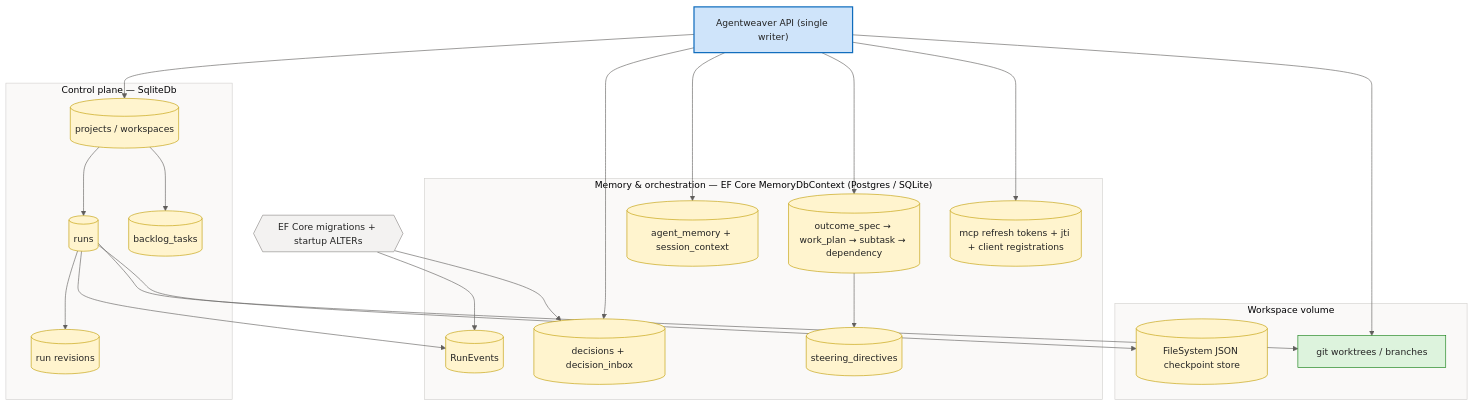
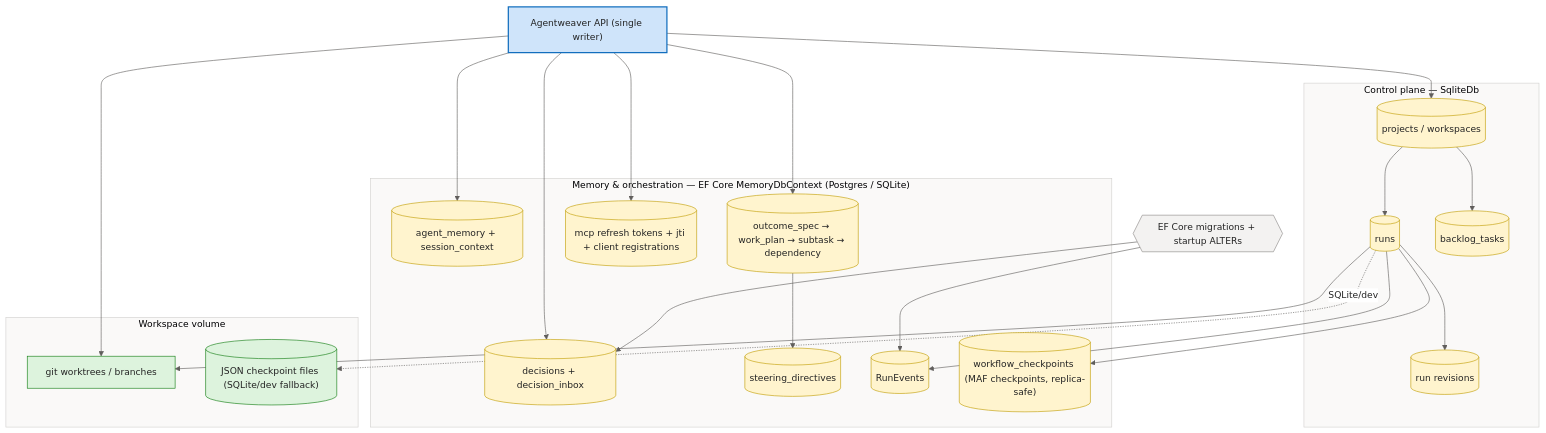
One commit to sabbour/agentweaver changed the first of 4 diagrams in docs/deep-dive/data-persistence.md. Above: the diagram before and after it, drawn with Mermaid. The commit also changed other lines of this file and 15 other files, not shown here.

````diff
--- a/docs/deep-dive/data-persistence.md
+++ b/docs/deep-dive/data-persistence.md
@@ -20,53 +20,55 @@
 ```mermaid
 %%{init: {'theme':'base','themeVariables':{'fontFamily':'Segoe UI, system-ui, -apple-system, sans-serif','fontSize':'15px','primaryColor':'#E8EEF9','primaryBorderColor':'#0F6CBD','primaryTextColor':'#242424','lineColor':'#605E5C','clusterBkg':'#FAF9F8','clusterBorder':'#D2D0CE','edgeLabelBackground':'#FFFFFF'}}}%%
 flowchart TB
     API["Agentweaver API (single writer)"]
     Migrations{{"EF Core migrations + startup ALTERs"}}
     subgraph cp["Control plane — SqliteDb"]
         Projects[("projects / workspaces")]
         Runs[("runs")]
         Backlog[("backlog_tasks")]
         Revisions[("run revisions")]
     end
     subgraph mem["Memory & orchestration — EF Core MemoryDbContext (Postgres / SQLite)"]
         Decisions[("decisions + decision_inbox")]
         AgentMem[("agent_memory + session_context")]
         Plans[("outcome_spec → work_plan → subtask → dependency")]
         Steering[("steering_directives")]
         OAuthState[("mcp refresh tokens + jti + client registrations")]
         RunEvents[("RunEvents")]
+        Checkpoints[("workflow_checkpoints (MAF checkpoints, replica-safe)")]
     end
     subgraph vol["Workspace volume"]
         Worktrees["git worktrees / branches"]
-        Checkpoints[("FileSystem JSON checkpoint store")]
+        FileCkpt[("JSON checkpoint files (SQLite/dev fallback)")]
     end
 
     API --> Projects
     API --> Decisions
     API --> AgentMem
     API --> Plans
     API --> OAuthState
     API --> Worktrees
     Migrations --> RunEvents
     Migrations --> Decisions
     Projects --> Runs
     Projects --> Backlog
     Runs --> Revisions
     Runs --> RunEvents
     Runs --> Worktrees
     Runs --> Checkpoints
+    Runs -.SQLite/dev.-> FileCkpt
     Plans --> Steering
 
     classDef client fill:#E8EEF9,stroke:#0F6CBD,stroke-width:1px,color:#242424;
     classDef svc fill:#F3F2F1,stroke:#8A8886,stroke-width:1px,color:#242424;
     classDef core fill:#CFE4FA,stroke:#0F6CBD,stroke-width:2px,color:#242424;
     classDef data fill:#FFF4CE,stroke:#C19C00,stroke-width:1px,color:#242424;
     classDef ext fill:#F0E8F8,stroke:#8764B8,stroke-width:1px,color:#242424;
     classDef runtime fill:#DDF3DD,stroke:#107C10,stroke-width:1px,color:#242424;
     classDef evt fill:#D6F0F0,stroke:#038387,stroke-width:1px,color:#242424;
 
     class API core;
     class Migrations svc;
-    class Worktrees runtime;
+    class Worktrees,FileCkpt runtime;
     class Projects,Runs,Backlog,Revisions,Decisions,AgentMem,Plans,Steering,OAuthState,RunEvents,Checkpoints data;
 ```
````
